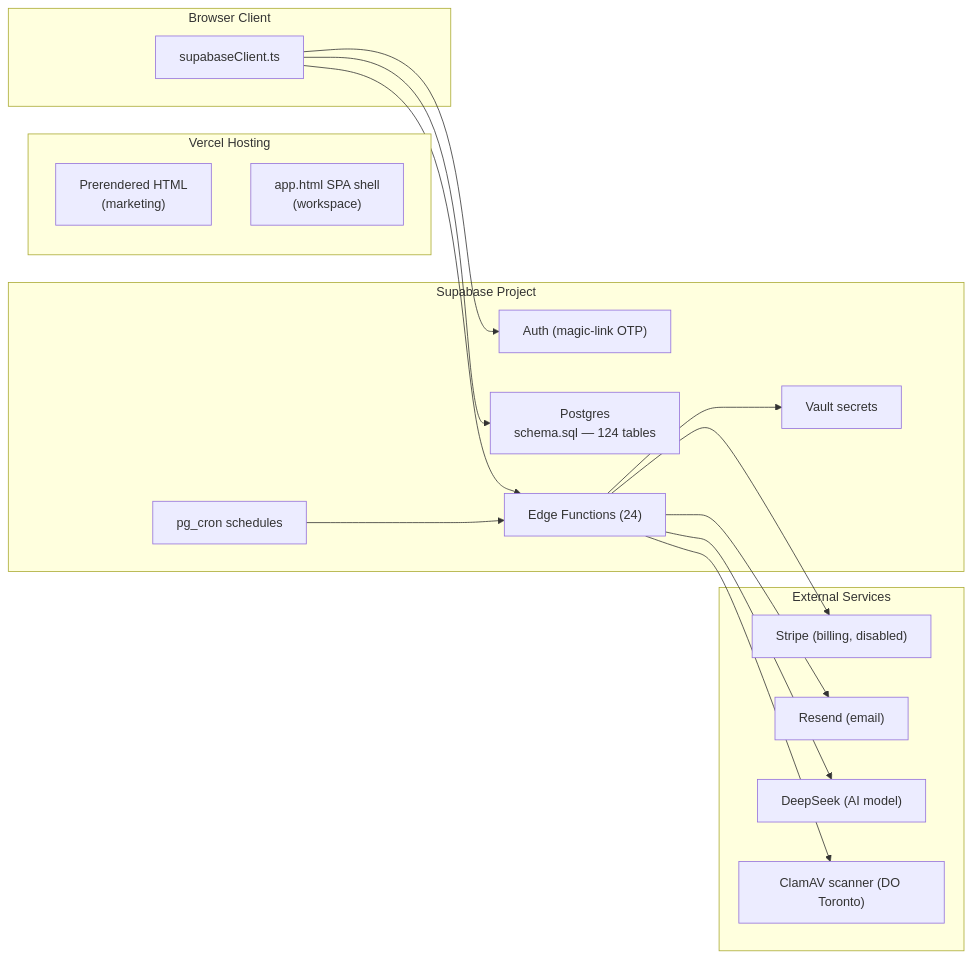
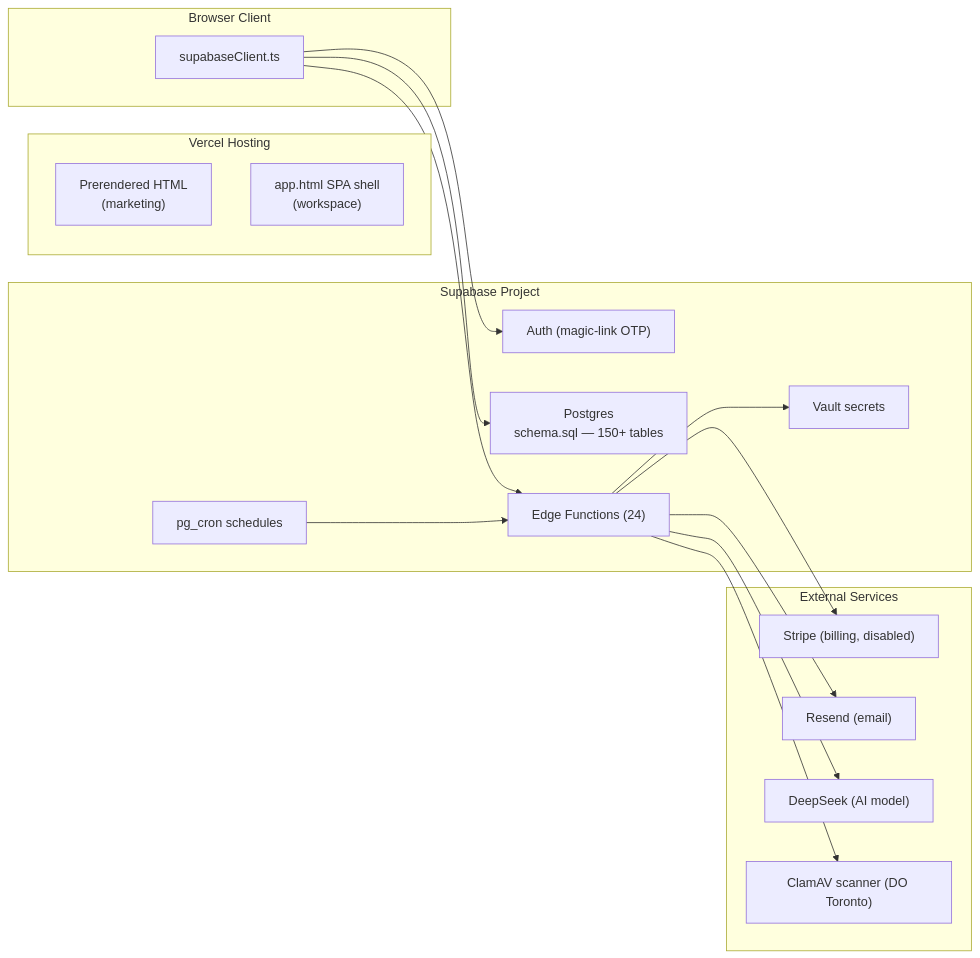
The third of 3 diagrams in docs/wiki/Home.md (Dutiva-Canada/Dutiva_Web), drawn with Mermaid before and after one commit. The commit also changed other lines of this file and 4 other files, not shown here.

````diff
--- a/docs/wiki/Home.md
+++ b/docs/wiki/Home.md
@@ -256,36 +258,36 @@
 ```mermaid
 graph LR
     subgraph Client["Browser Client"]
         SC["supabaseClient.ts"]
     end
 
     subgraph Vercel["Vercel Hosting"]
         STATIC["Prerendered HTML<br>(marketing)"]
         SPA["app.html SPA shell<br>(workspace)"]
     end
 
     subgraph Supabase["Supabase Project"]
         AUTH["Auth (magic-link OTP)"]
-        DB["Postgres<br>schema.sql — 124 tables"]
+        DB["Postgres<br>schema.sql — 150+ tables"]
         EDGE["Edge Functions (24)"]
         VAULT["Vault secrets"]
         CRON["pg_cron schedules"]
     end
 
     subgraph External["External Services"]
         STRIPE["Stripe (billing, disabled)"]
         RESEND["Resend (email)"]
         DEEPSEEK["DeepSeek (AI model)"]
         CLAMAV["ClamAV scanner (DO Toronto)"]
     end
 
     SC --> AUTH
     SC --> DB
     SC --> EDGE
     EDGE --> VAULT
     EDGE --> STRIPE
     EDGE --> RESEND
     EDGE --> DEEPSEEK
     CRON --> EDGE
     EDGE --> CLAMAV
 ```
````
